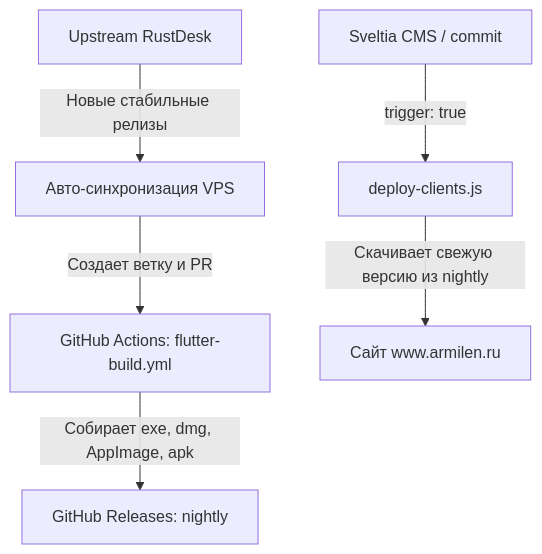
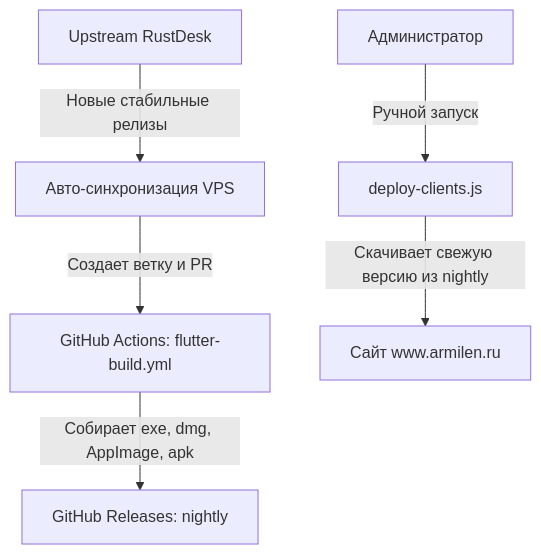
Before and after one commit to profax/rustdesk: the diagram in README.md, drawn with Mermaid. The commit also changed other lines of this file, not shown here.

Commit message:
docs: remove obsolete CMS deployment mentions from README.md

````diff
--- a/README.md
+++ b/README.md
@@ -20,8 +20,8 @@
 ```mermaid
 graph TD
     A[Upstream RustDesk] -- Новые стабильные релизы --> B[Авто-синхронизация VPS]
     B -- Создает ветку и PR --> C[GitHub Actions: flutter-build.yml]
     C -- Собирает exe, dmg, AppImage, apk --> D[GitHub Releases: nightly]
-    E[Sveltia CMS / commit] -- trigger: true --> F[deploy-clients.js]
+    E[Администратор] -- Ручной запуск --> F[deploy-clients.js]
     F -- Скачивает свежую версию из nightly --> G[Сайт www.armilen.ru]
 ```
````
